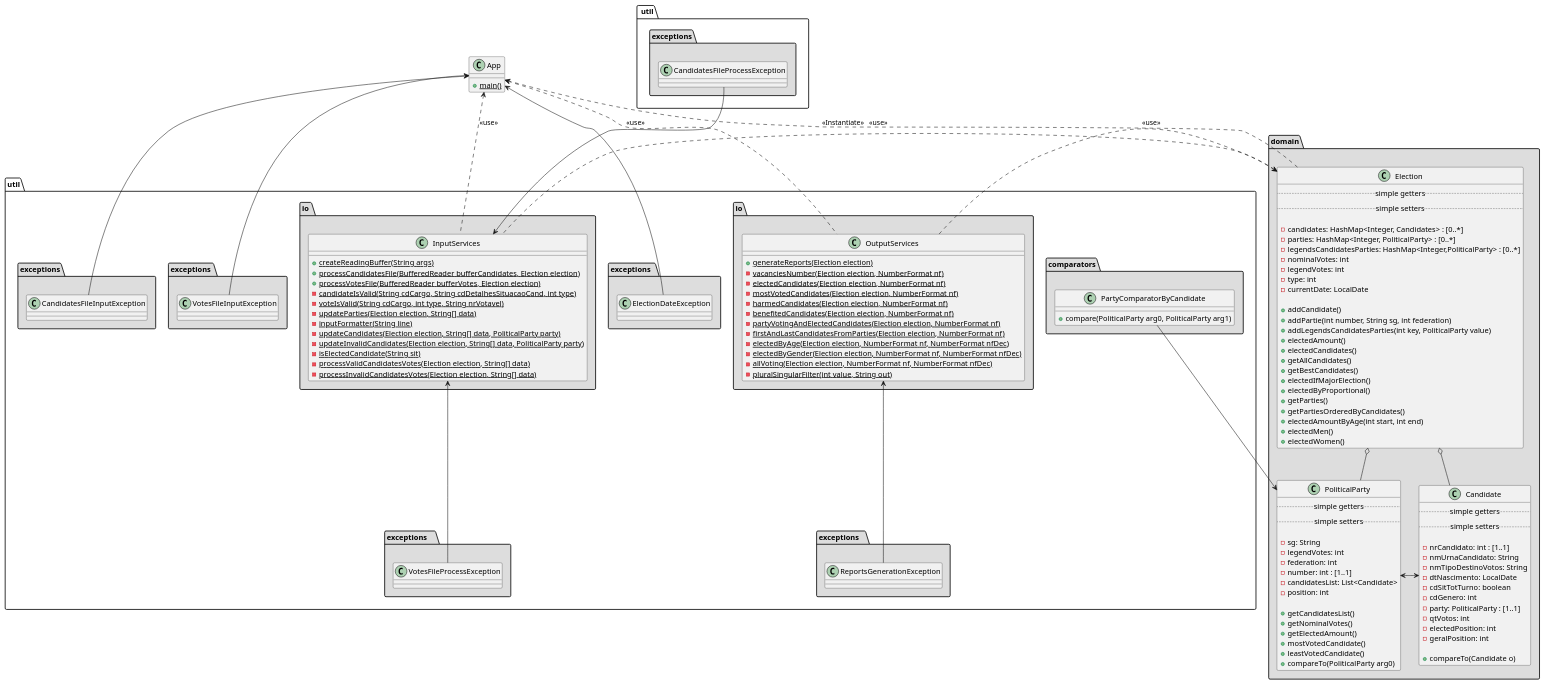
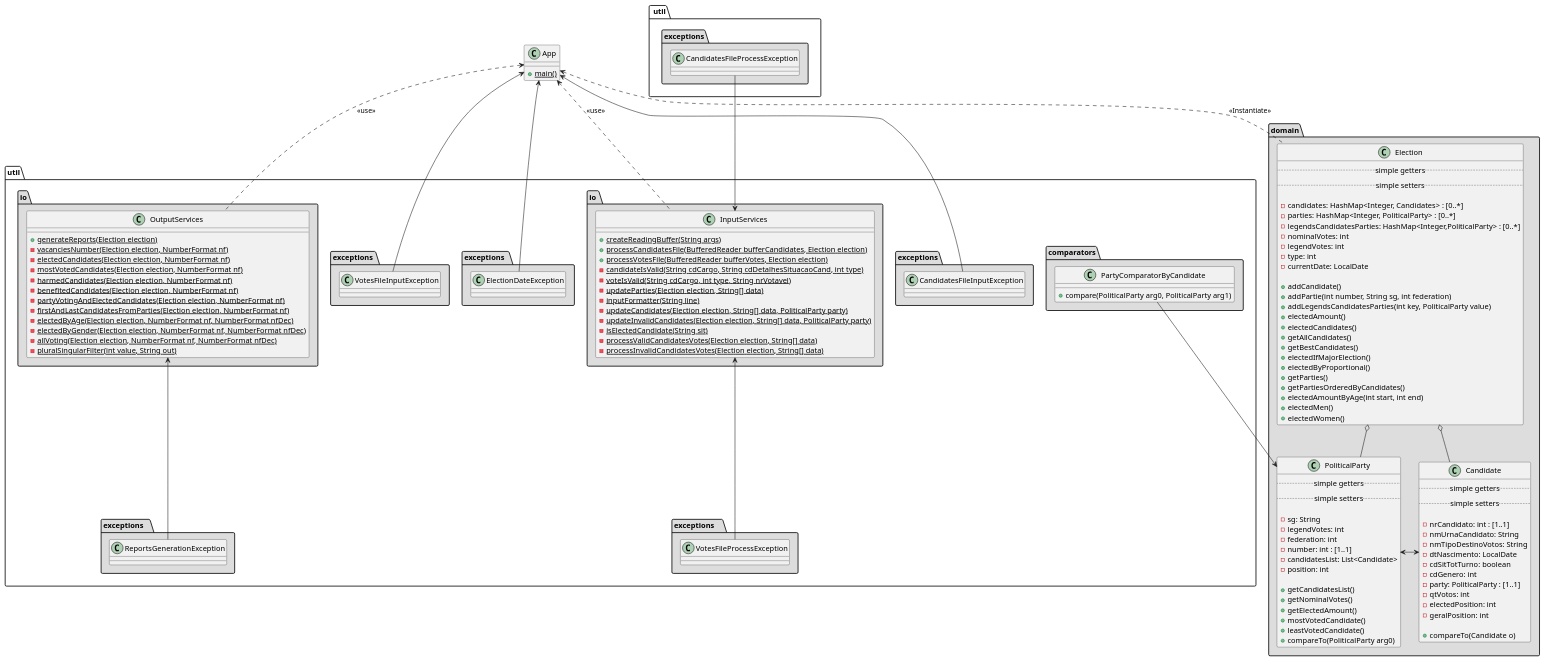
Before and after one commit to vortex2jm/2022-election-analysis: the diagram in uml.puml, drawn with PlantUML.

Commit message:
:memo: updating uml diagram

```diff
--- a/uml.puml
+++ b/uml.puml
@@ -1,164 +1,160 @@
 @startuml br.ufes.edu.jh.domain
 
 
 class App{
     +{static}main()
 }
 
 package "domain" #DDDDDD{
     class Candidate{
     ..simple getters..
     ..simple setters..
 
     -nrCandidato: int : [1..1]
     -nmUrnaCandidato: String
     -nmTipoDestinoVotos: String
     -dtNascimento: LocalDate
     -cdSitTotTurno: boolean
     -cdGenero: int
     -party: PoliticalParty : [1..1]
     -qtVotos: int
     -electedPosition: int
     -geralPosition: int
 
     +compareTo(Candidate o)
     }
 
     class Election{
         ..simple getters..
         ..simple setters..
 
         -candidates: HashMap<Integer, Candidates> : [0..*]
         -parties: HashMap<Integer, PoliticalParty> : [0..*]
         -legendsCandidatesParties: HashMap<Integer,PoliticalParty> : [0..*]
         -nominalVotes: int
         -legendVotes: int
         -type: int
         -currentDate: LocalDate
 
         +addCandidate()
         +addPartie(int number, String sg, int federation)
         +addLegendsCandidatesParties(int key, PoliticalParty value)
         +electedAmount()
         +electedCandidates()
         +getAllCandidates()
         +getBestCandidates()
         +electedIfMajorElection()
         +electedByProportional()
         +getParties()
         +getPartiesOrderedByCandidates()
         +electedAmountByAge(int start, int end)
         +electedMen()
         +electedWomen()
     }
 
     class PoliticalParty{
         ..simple getters..
         ..simple setters..
 
         -sg: String
         -legendVotes: int
         -federation: int
         -number: int : [1..1]
         -candidatesList: List<Candidate>
         -position: int
 
         +getCandidatesList()
         +getNominalVotes()
         +getElectedAmount()
         +mostVotedCandidate()
         +leastVotedCandidate()
         +compareTo(PoliticalParty arg0)
     }
 }
 
 package "util.comparators" #DDDDDD{
     class PartyComparatorByCandidate{
     +compare(PoliticalParty arg0, PoliticalParty arg1)
     }
 }
 
 package "util.io" #DDDDDD{
     class OutputServices{
         +{static}generateReports(Election election)
         -{static}vacanciesNumber(Election election, NumberFormat nf)
         -{static}electedCandidates(Election election, NumberFormat nf)
         -{static}mostVotedCandidates(Election election, NumberFormat nf)
         -{static}harmedCandidates(Election election, NumberFormat nf)
         -{static}benefitedCandidates(Election election, NumberFormat nf)
         -{static}partyVotingAndElectedCandidates(Election election, NumberFormat nf)
         -{static}firstAndLastCandidatesFromParties(Election election, NumberFormat nf)
         -{static}electedByAge(Election election, NumberFormat nf, NumberFormat nfDec)
         -{static}electedByGender(Election election, NumberFormat nf, NumberFormat nfDec)
         -{static}allVoting(Election election, NumberFormat nf, NumberFormat nfDec)
         -{static}pluralSingularFilter(int value, String out)
     }
 }
 
 package "util.io " #DDDDDD{
     class InputServices{
         +{static}createReadingBuffer(String args)
         +{static}processCandidatesFile(BufferedReader bufferCandidates, Election election)
         +{static}processVotesFile(BufferedReader bufferVotes, Election election)
         -{static}candidateIsValid(String cdCargo, String cdDetalhesSituacaoCand, int type)
         -{static}voteIsValid(String cdCargo, int type, String nrVotavel)
         -{static}updateParties(Election election, String[] data)
         -{static}inputFormatter(String line)
         -{static}updateCandidates(Election election, String[] data, PoliticalParty party)
         -{static}updateInvalidCandidates(Election election, String[] data, PoliticalParty party)
         -{static}isElectedCandidate(String sit)
         -{static}processValidCandidatesVotes(Election election, String[] data)
         -{static}processInvalidCandidatesVotes(Election election, String[] data)
     }
 }
 
 package "util.exceptions" #DDDDDD{
     class CandidatesFileInputException
 }
 
 package "util.exceptions " #DDDDDD{
     class VotesFileInputException
 }
 
 package "util.exceptions  " #DDDDDD{
     class ElectionDateException
 }
 
 package "util.exceptions   " #DDDDDD{
     class ReportsGenerationException
 }
 
 package "util.exceptions    " #DDDDDD{
     class VotesFileProcessException
 }
 
 package " util.exceptions" #DDDDDD{
     class CandidatesFileProcessException
 }
 
+
+
 App <.down. Election: <<Instantiate>>
-
-Election  <.left. OutputServices: <<use>>
-Election  <.right.InputServices: <<use>>
-
 App <.. InputServices: <<use>>
 App  <.. OutputServices: <<use>>
+App <-right- CandidatesFileInputException
+App <-left- VotesFileInputException
+App <-up- ElectionDateException
 
 Election o-- PoliticalParty
 Election o-- Candidate
 
 Candidate <-right-> PoliticalParty
 
 PoliticalParty <-down- PartyComparatorByCandidate
 
-App <-right- CandidatesFileInputException
-App <-left- VotesFileInputException
-App <-up- ElectionDateException
-
 OutputServices <-down- ReportsGenerationException
 
 InputServices  <-down- VotesFileProcessException
 InputServices <-up- CandidatesFileProcessException
 
-
 @enduml
```
